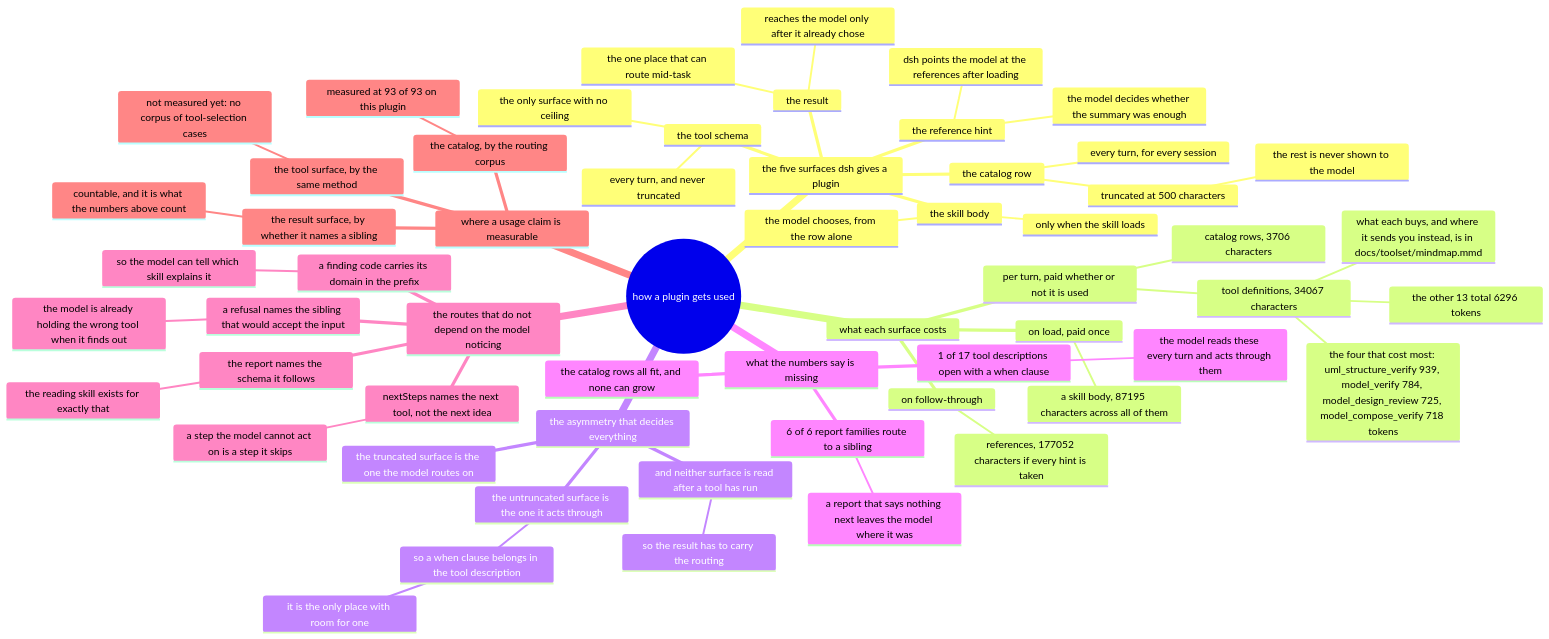
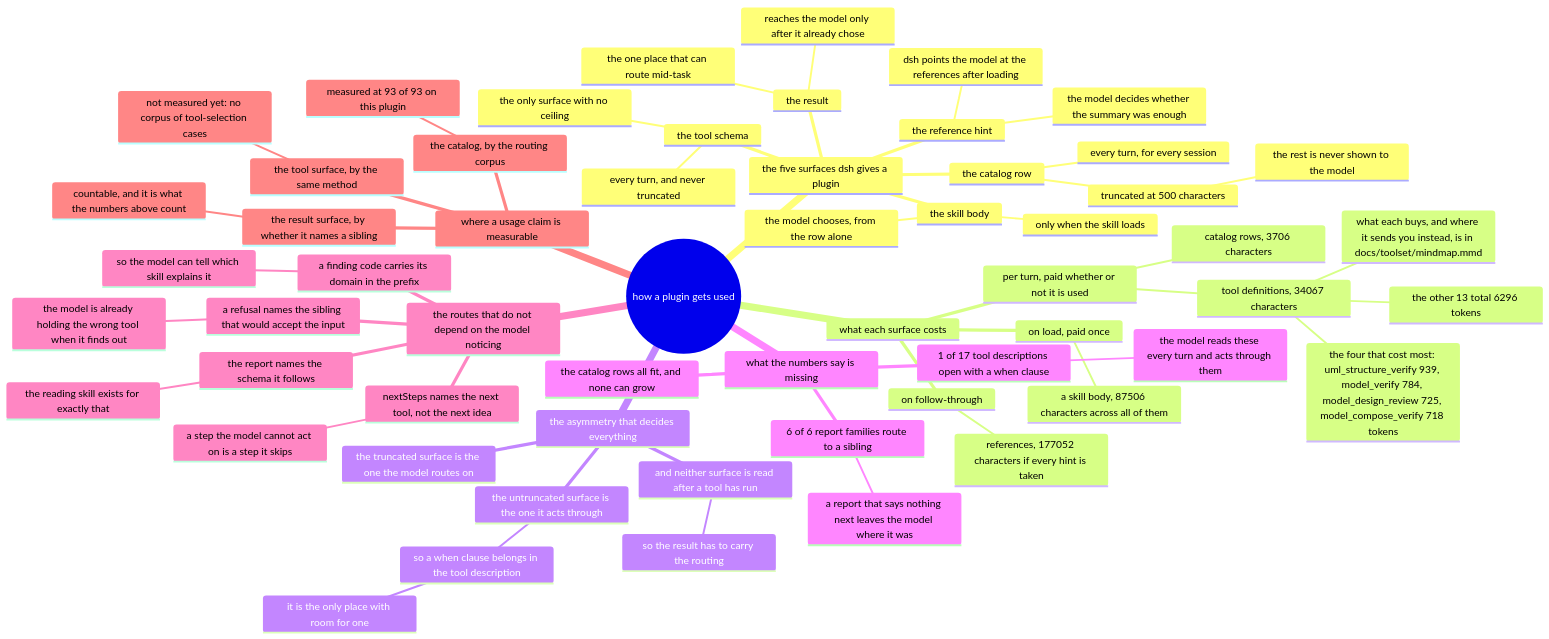
One commit to AmethystLuna/dsh-model-everything changed the diagram in docs/usage/mindmap.mmd. Above: the diagram before and after it, drawn with Mermaid. The commit also changed 18 other files, not shown here.

First line of the commit message:
feat(diagram): let the reader mark a node and send a note from the board

```diff
--- a/docs/usage/mindmap.mmd
+++ b/docs/usage/mindmap.mmd
@@ -1,59 +1,59 @@
 mindmap
 root((how a plugin gets used))
   the five surfaces dsh gives a plugin
     the catalog row
       every turn, for every session
       truncated at 500 characters
         the rest is never shown to the model
     the skill body
       only when the skill loads
       the model chooses, from the row alone
     the reference hint
       dsh points the model at the references after loading
       the model decides whether the summary was enough
     the tool schema
       every turn, and never truncated
       the only surface with no ceiling
     the result
       reaches the model only after it already chose
       the one place that can route mid-task
   what each surface costs
     per turn, paid whether or not it is used
       catalog rows, 3706 characters
       tool definitions, 34067 characters
         the four that cost most: uml_structure_verify 939, model_verify 784, model_design_review 725, model_compose_verify 718 tokens
         the other 13 total 6296 tokens
         what each buys, and where it sends you instead, is in docs/toolset/mindmap.mmd
     on load, paid once
-      a skill body, 87195 characters across all of them
+      a skill body, 87506 characters across all of them
     on follow-through
       references, 177052 characters if every hint is taken
   the asymmetry that decides everything
     the truncated surface is the one the model routes on
     the untruncated surface is the one it acts through
       so a when clause belongs in the tool description
         it is the only place with room for one
     and neither surface is read after a tool has run
       so the result has to carry the routing
   what the numbers say is missing
     1 of 17 tool descriptions open with a when clause
       the model reads these every turn and acts through them
     6 of 6 report families route to a sibling
       a report that says nothing next leaves the model where it was
     the catalog rows all fit, and none can grow
   the routes that do not depend on the model noticing
     a refusal names the sibling that would accept the input
       the model is already holding the wrong tool when it finds out
     nextSteps names the next tool, not the next idea
       a step the model cannot act on is a step it skips
     a finding code carries its domain in the prefix
       so the model can tell which skill explains it
     the report names the schema it follows
       the reading skill exists for exactly that
   where a usage claim is measurable
     the catalog, by the routing corpus
       measured at 93 of 93 on this plugin
     the tool surface, by the same method
       not measured yet: no corpus of tool-selection cases
     the result surface, by whether it names a sibling
       countable, and it is what the numbers above count
```
